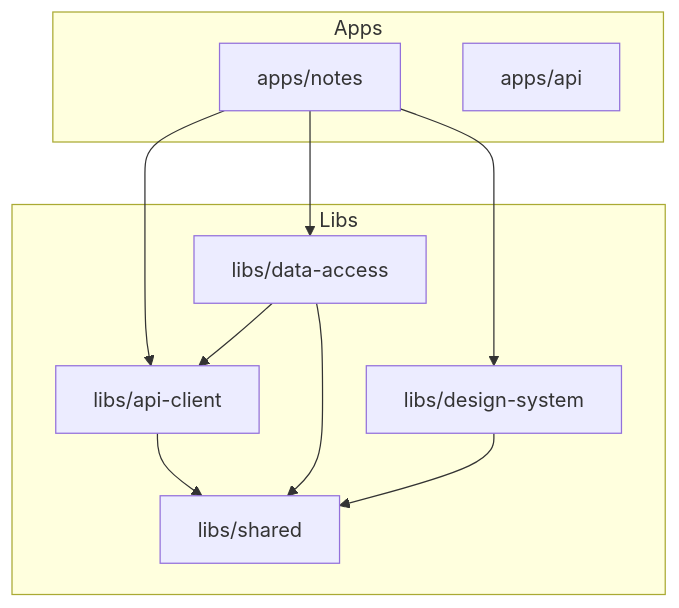
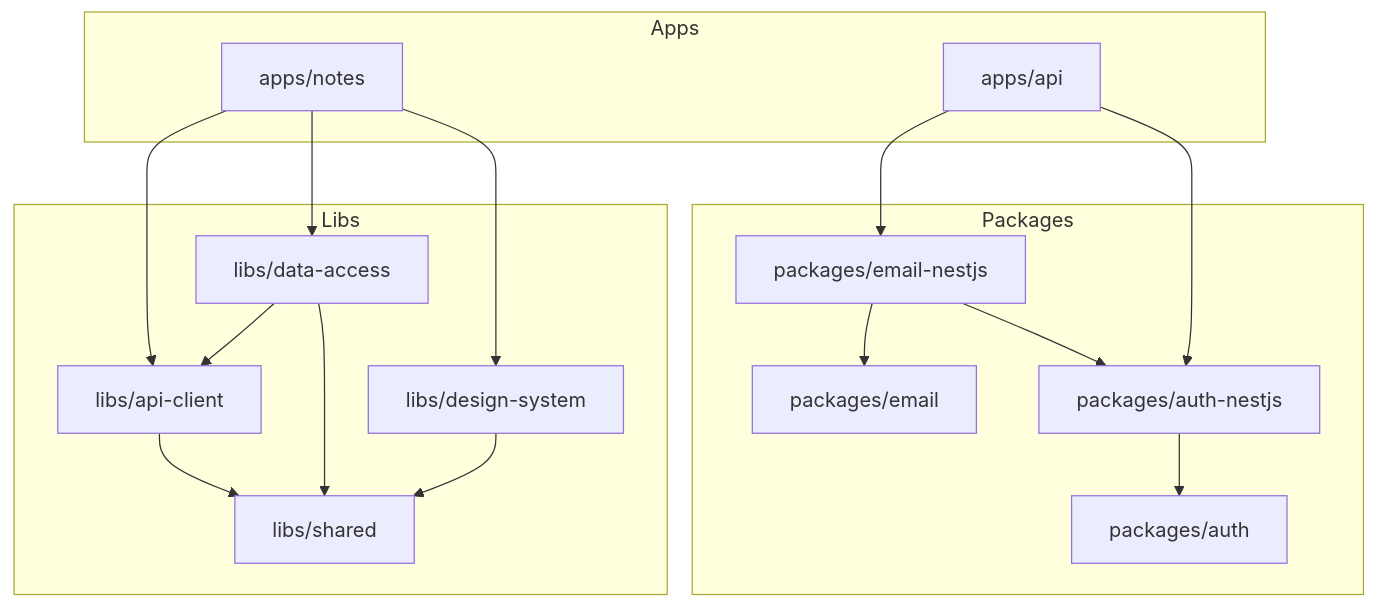
One commit to jovandyaz/knowtis-app changed the diagram in README.md. Above: the diagram before and after it, drawn with Mermaid. The commit also changed other lines of this file and 66 other files, not shown here.

````diff
--- a/README.md
+++ b/README.md
@@ -311,22 +264,35 @@
 ```mermaid
 graph TD
     subgraph Apps
         Notes[apps/notes]
         API[apps/api]
     end
 
     subgraph Libs
         ApiClient[libs/api-client]
         DataAccess[libs/data-access]
         DesignSystem[libs/design-system]
         Shared[libs/shared]
     end
 
     Notes --> ApiClient
     Notes --> DataAccess
     Notes --> DesignSystem
     ApiClient --> Shared
     DataAccess --> ApiClient
     DataAccess --> Shared
     DesignSystem --> Shared
+
+    subgraph Packages
+        Email[packages/email]
+        EmailNestjs[packages/email-nestjs]
+        Auth[packages/auth]
+        AuthNestjs[packages/auth-nestjs]
+    end
+
+    API --> EmailNestjs
+    API --> AuthNestjs
+    EmailNestjs --> Email
+    EmailNestjs --> AuthNestjs
+    AuthNestjs --> Auth
 ```
````
